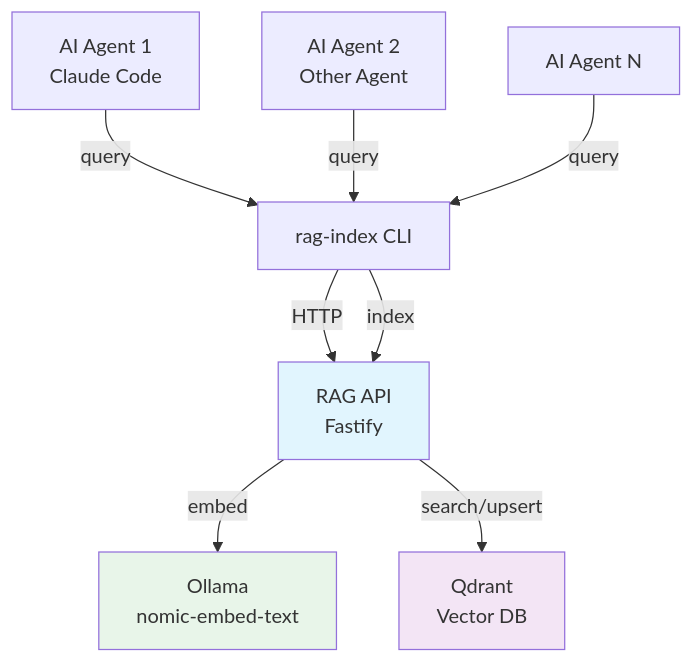
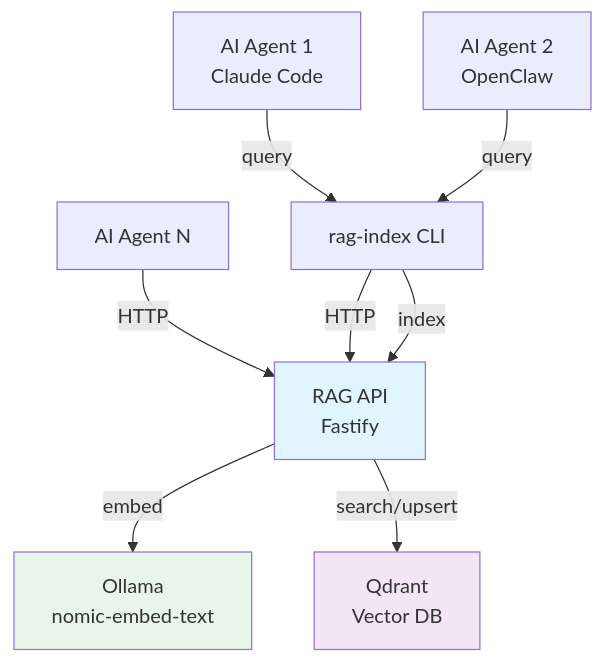
One commit to mfittko/raged changed the diagram in docs/00-vision.md. Above: the diagram before and after it, drawn with Mermaid. The commit also changed other lines of this file and 3 other files, not shown here.

````diff
--- a/docs/00-vision.md
+++ b/docs/00-vision.md
@@ -11,14 +11,14 @@
 ```mermaid
 graph TD
     A1[AI Agent 1<br/>Claude Code] -->|query| CLI[rag-index CLI]
-    A2[AI Agent 2<br/>Other Agent] -->|query| CLI
-    A3[AI Agent N] -->|query| CLI
+    A2[AI Agent 2<br/>OpenClaw] -->|query| CLI
+    A3[AI Agent N] -->|HTTP| API
     CLI -->|HTTP| API[RAG API<br/>Fastify]
     API -->|embed| OL[Ollama<br/>nomic-embed-text]
     API -->|search/upsert| QD[Qdrant<br/>Vector DB]
     CLI -->|index| API
 
     style API fill:#e1f5fe
     style QD fill:#f3e5f5
     style OL fill:#e8f5e9
 ```
````
